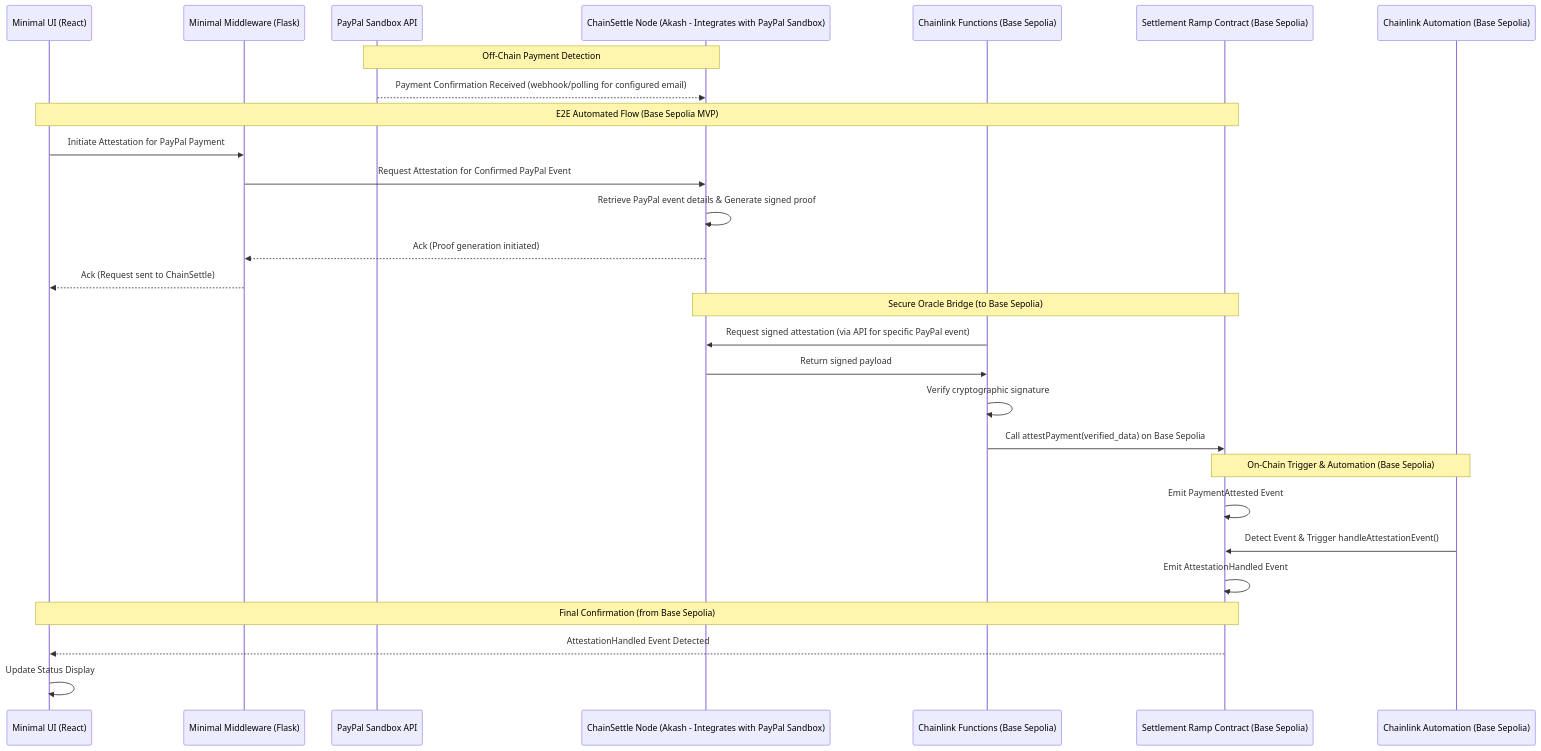
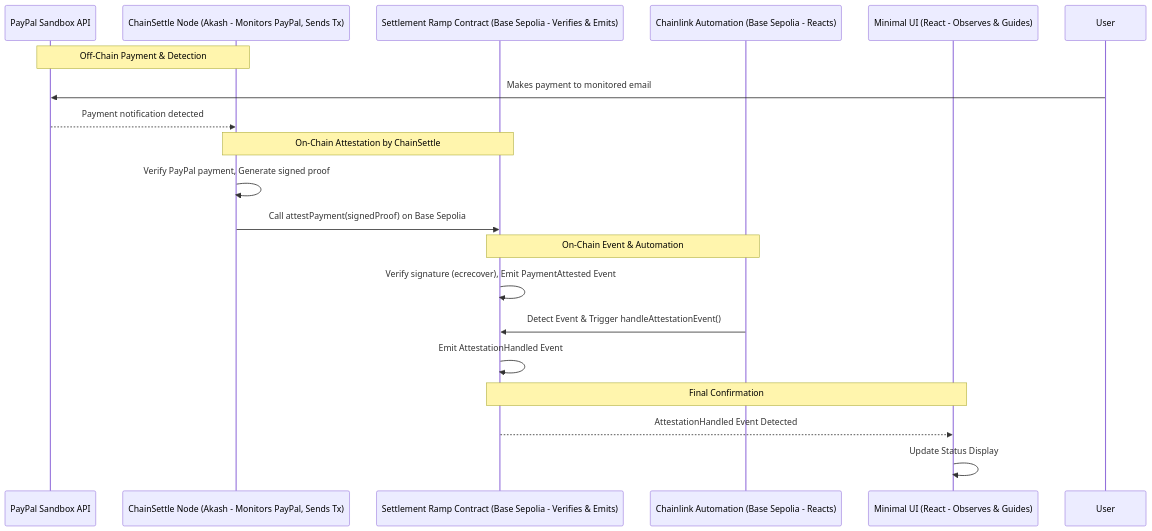
One commit to tapilew/settlement-ramp changed the diagram in README.md. Above: the diagram before and after it, drawn with Mermaid. The commit also changed other lines of this file and 10 other files, not shown here.

````diff
--- a/README.md
+++ b/README.md
@@ -118,35 +98,25 @@
 ```mermaid
 sequenceDiagram
-    participant UI as Minimal UI (React)
-    participant Middleware as Minimal Middleware (Flask)
     participant PayPal_Sandbox as PayPal Sandbox API
-    participant ChainSettle as ChainSettle Node (Akash - Integrates with PayPal Sandbox)
-    participant CL_Functions as Chainlink Functions (Base Sepolia)
-    participant Base_Contract as Settlement Ramp Contract (Base Sepolia)
-    participant CL_Automation as Chainlink Automation (Base Sepolia)
+    participant ChainSettle as ChainSettle Node (Akash - Monitors PayPal, Sends Tx)
+    participant Base_Contract as Settlement Ramp Contract (Base Sepolia - Verifies & Emits)
+    participant CL_Automation as Chainlink Automation (Base Sepolia - Reacts)
+    participant UI as Minimal UI (React - Observes & Guides)
 
-    Note over PayPal_Sandbox, ChainSettle: Off-Chain Payment Detection
-    PayPal_Sandbox-->>ChainSettle: Payment Confirmation Received (webhook/polling for configured email)
+    Note over PayPal_Sandbox, ChainSettle: Off-Chain Payment & Detection
+    User->>PayPal_Sandbox: Makes payment to monitored email
+    PayPal_Sandbox-->>ChainSettle: Payment notification detected
 
-    Note over UI, Base_Contract: E2E Automated Flow (Base Sepolia MVP)
-    UI->>Middleware: Initiate Attestation for PayPal Payment
-    Middleware->>ChainSettle: Request Attestation for Confirmed PayPal Event
-    ChainSettle->>ChainSettle: Retrieve PayPal event details & Generate signed proof
-    ChainSettle-->>Middleware: Ack (Proof generation initiated)
-    Middleware-->>UI: Ack (Request sent to ChainSettle)
+    Note over ChainSettle, Base_Contract: On-Chain Attestation by ChainSettle
+    ChainSettle->>ChainSettle: Verify PayPal payment, Generate signed proof
+    ChainSettle->>Base_Contract: Call attestPayment(signedProof) on Base Sepolia
 
-    Note over ChainSettle, Base_Contract: Secure Oracle Bridge (to Base Sepolia)
-    CL_Functions->>ChainSettle: Request signed attestation (via API for specific PayPal event)
-    ChainSettle->>CL_Functions: Return signed payload
-    CL_Functions->>CL_Functions: Verify cryptographic signature
-    CL_Functions->>Base_Contract: Call attestPayment(verified_data) on Base Sepolia
-
-    Note over Base_Contract, CL_Automation: On-Chain Trigger & Automation (Base Sepolia)
-    Base_Contract->>Base_Contract: Emit PaymentAttested Event
+    Note over Base_Contract, CL_Automation: On-Chain Event & Automation
+    Base_Contract->>Base_Contract: Verify signature (ecrecover), Emit PaymentAttested Event
     CL_Automation->>Base_Contract: Detect Event & Trigger handleAttestationEvent()
     Base_Contract->>Base_Contract: Emit AttestationHandled Event
 
-    Note over Base_Contract, UI: Final Confirmation (from Base Sepolia)
+    Note over Base_Contract, UI: Final Confirmation
     Base_Contract-->>UI: AttestationHandled Event Detected
     UI->>UI: Update Status Display
 ```
````
